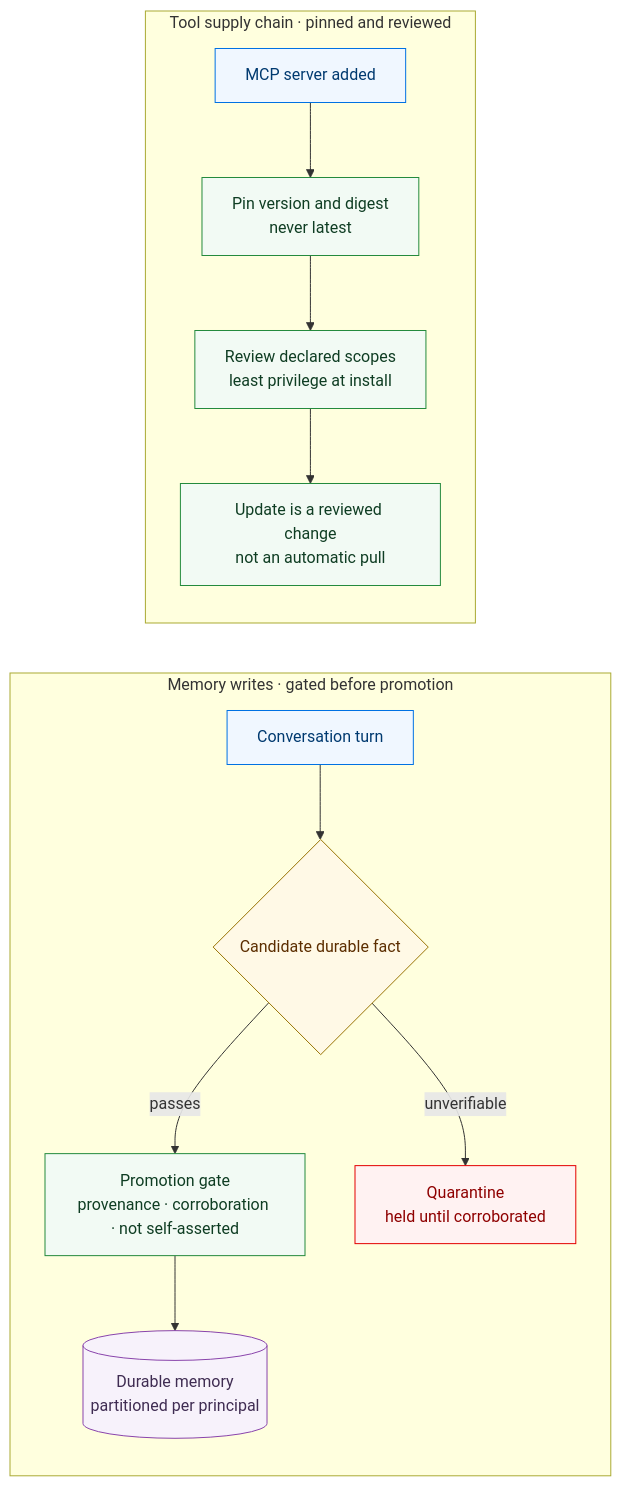
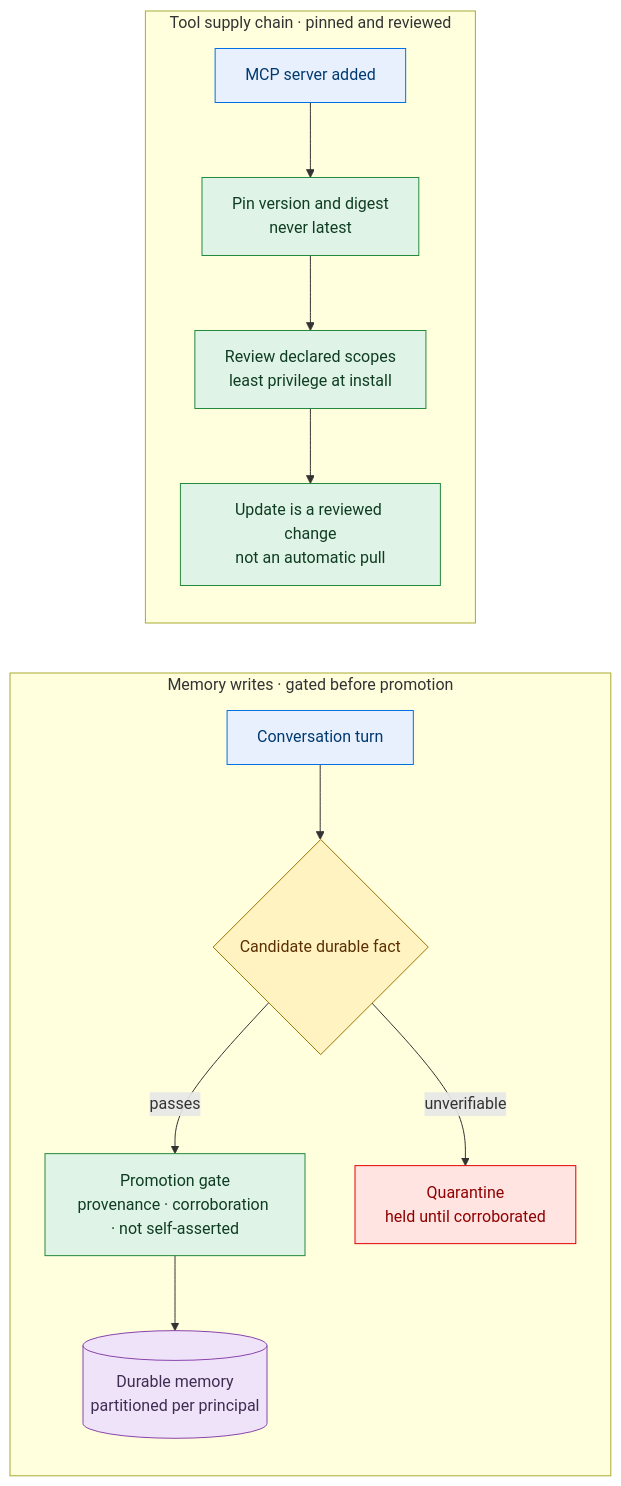
One commit to mlvpatel/open-weight-agent-stack changed diagram 15 of 18 in MANUAL.md. Above: the diagram before and after it, drawn with Mermaid. The commit also changed other lines of this file and 36 other files, not shown here.

First line of the commit message:
feat: render diagrams on Pages, richer palette

````diff
--- a/MANUAL.md
+++ b/MANUAL.md
@@ -1300,36 +1300,36 @@
 ```mermaid
 flowchart LR
     subgraph WRITE["Memory writes · gated before promotion"]
         direction TB
         W1["Conversation turn"]
         W2{"Candidate durable fact"}
         W3["Promotion gate<br/>provenance · corroboration · not self-asserted"]
         W4["Quarantine<br/>held until corroborated"]
         W5[("Durable memory<br/>partitioned per principal")]
     end
 
     subgraph SUP["Tool supply chain · pinned and reviewed"]
         direction TB
         S1["MCP server added"]
         S2["Pin version and digest<br/>never latest"]
         S3["Review declared scopes<br/>least privilege at install"]
         S4["Update is a reviewed change<br/>not an automatic pull"]
     end
 
     W1 --> W2
     W2 -->|passes| W3 --> W5
     W2 -->|unverifiable| W4
     S1 --> S2 --> S3 --> S4
 
-    classDef flow fill:#f0f7ff,stroke:#0071e3,color:#003a70
-    classDef decision fill:#fff9e6,stroke:#997404,color:#5c2e00
-    classDef bad fill:#fff2f2,stroke:#e30000,color:#8f0000
-    classDef good fill:#f2faf4,stroke:#248a3d,color:#0f3d23
-    classDef store fill:#f7f2fb,stroke:#8944ab,color:#3f2c52
+    classDef flow fill:#e8f0fe,stroke:#0071e3,color:#003a70
+    classDef decision fill:#fff3c2,stroke:#997404,color:#5c2e00
+    classDef bad fill:#ffe4e2,stroke:#e30000,color:#8f0000
+    classDef good fill:#dff3e6,stroke:#248a3d,color:#0f3d23
+    classDef store fill:#efe3f9,stroke:#8944ab,color:#3f2c52
 
     class W1,S1 flow
     class W2 decision
     class W3,S2,S3,S4 good
     class W4 bad
     class W5 store
 ```
````
